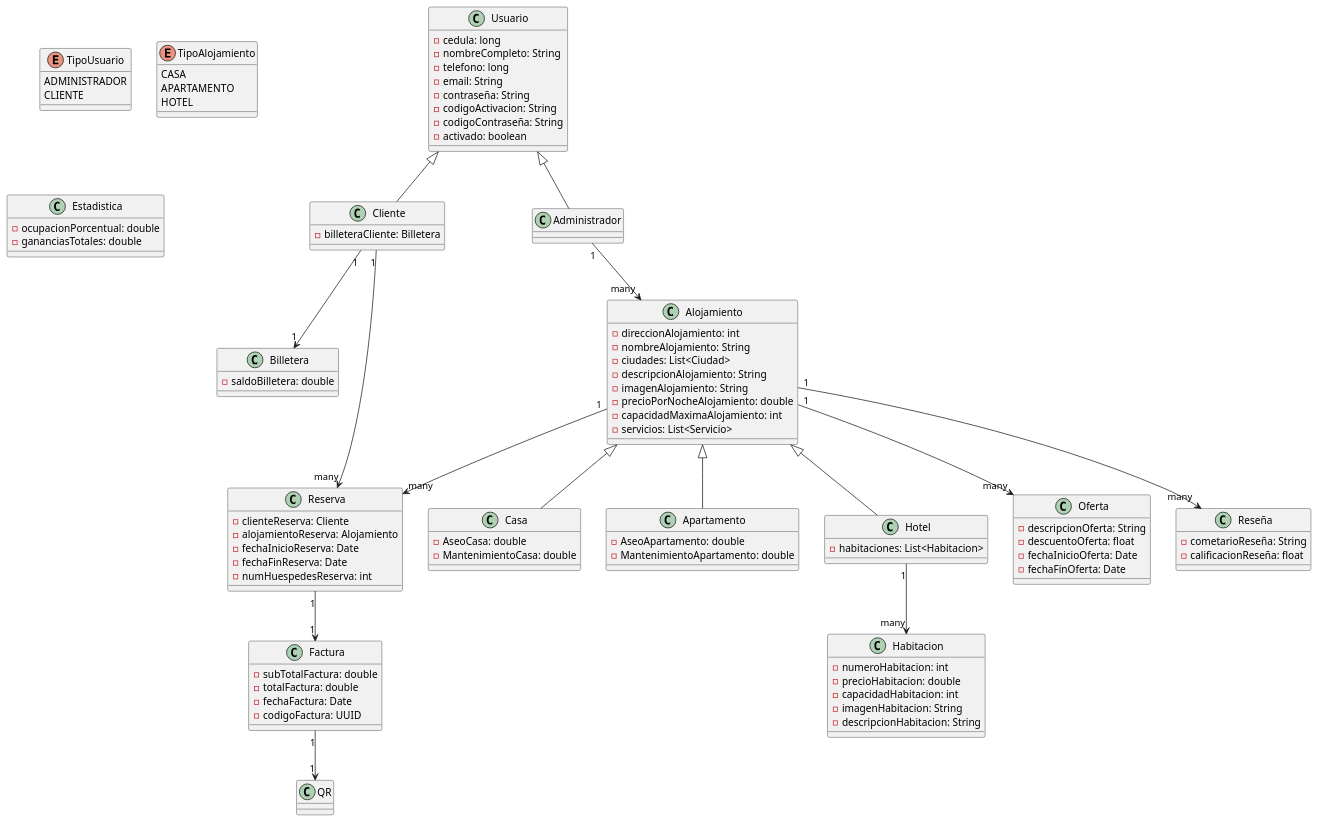
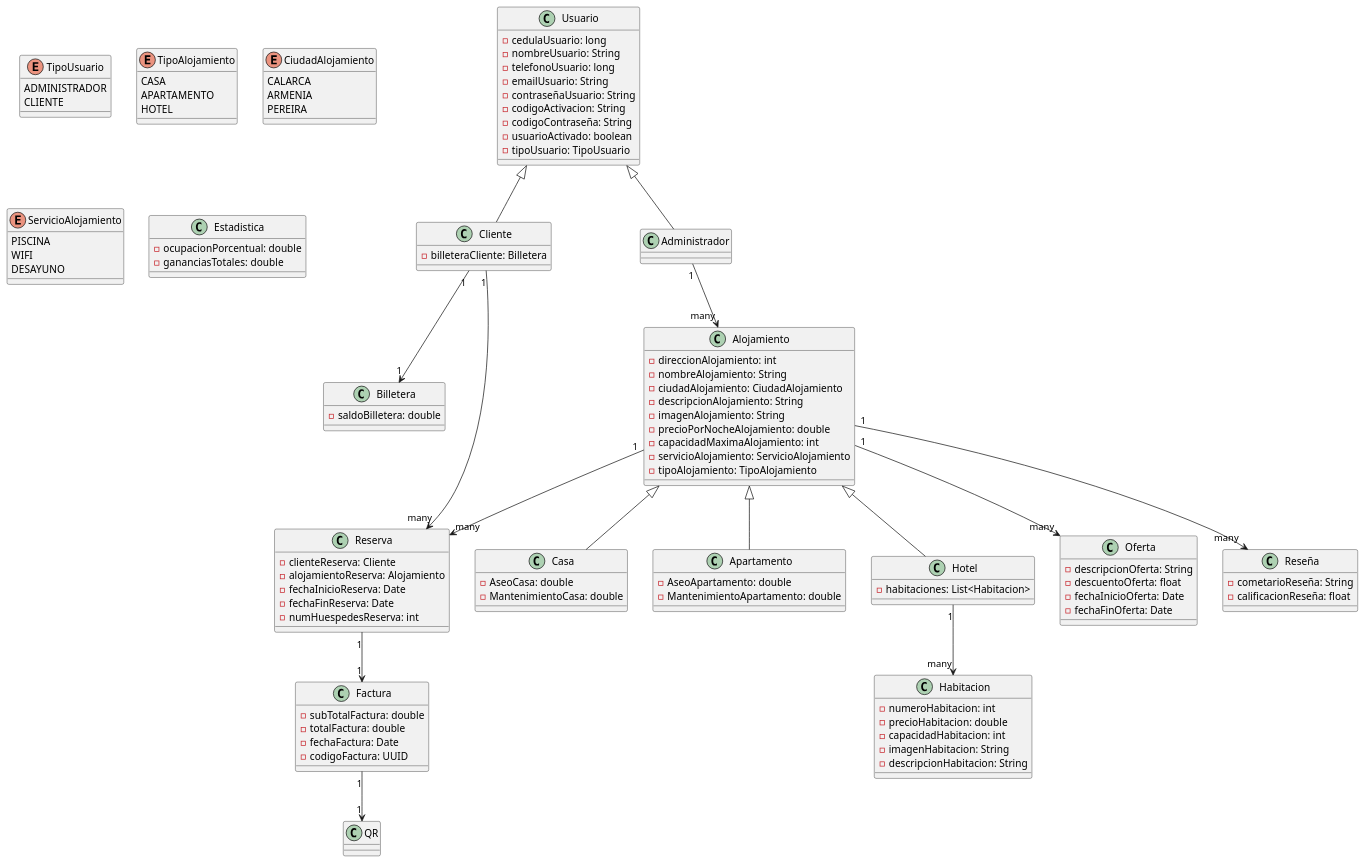
The diagram in src/main/resources/img/DiagramaDeClases.puml (RedRos41/Programacion_2), drawn with PlantUML before and after one commit. The commit also changed 9 other files, not shown here.

Commit message:
Se actualizan los modelos y se actualiza el DiagramaDeClases.puml.

```diff
--- a/src/main/resources/img/DiagramaDeClases.puml
+++ b/src/main/resources/img/DiagramaDeClases.puml
@@ -1,115 +1,129 @@
 @startuml
 'https://plantuml.com/sequence-diagram
 
 class Usuario {
-    - cedula: long
-    - nombreCompleto: String
-    - telefono: long
-    - email: String
-    - contraseña: String
+    - cedulaUsuario: long
+    - nombreUsuario: String
+    - telefonoUsuario: long
+    - emailUsuario: String
+    - contraseñaUsuario: String
     - codigoActivacion: String
     - codigoContraseña: String
-    - activado: boolean
+    - usuarioActivado: boolean
+    - tipoUsuario: TipoUsuario
 }
 
 enum TipoUsuario {
     ADMINISTRADOR
     CLIENTE
 }
 
 class Cliente extends Usuario {
     - billeteraCliente: Billetera
 }
 
 class Administrador extends Usuario {
 }
 
 class Alojamiento {
     - direccionAlojamiento: int
     - nombreAlojamiento: String
-    - ciudades: List<Ciudad>
+    - ciudadAlojamiento: CiudadAlojamiento
     - descripcionAlojamiento: String
     - imagenAlojamiento: String
     - precioPorNocheAlojamiento: double
     - capacidadMaximaAlojamiento: int
-    - servicios: List<Servicio>
+    - servicioAlojamiento: ServicioAlojamiento
+    - tipoAlojamiento: TipoAlojamiento
 }
 
 enum TipoAlojamiento {
     CASA
     APARTAMENTO
     HOTEL
+}
+
+enum CiudadAlojamiento {
+    CALARCA
+    ARMENIA
+    PEREIRA
+}
+
+enum ServicioAlojamiento {
+    PISCINA
+    WIFI
+    DESAYUNO
 }
 
 class Casa extends Alojamiento {
     - AseoCasa: double
     - MantenimientoCasa: double
 }
 
 class Apartamento extends Alojamiento {
     - AseoApartamento: double
     - MantenimientoApartamento: double
 }
 
 class Hotel extends Alojamiento {
     - habitaciones: List<Habitacion>
 }
 
 class Habitacion {
     - numeroHabitacion: int
     - precioHabitacion: double
     - capacidadHabitacion: int
     - imagenHabitacion: String
     - descripcionHabitacion: String
 }
 
 class Billetera {
     - saldoBilletera: double
 }
 
 class Reserva {
     - clienteReserva: Cliente
     - alojamientoReserva: Alojamiento
     - fechaInicioReserva: Date
     - fechaFinReserva: Date
     - numHuespedesReserva: int
 }
 
 class Factura {
     - subTotalFactura: double
     - totalFactura: double
     - fechaFactura: Date
     - codigoFactura: UUID
 }
 
 class Oferta {
     - descripcionOferta: String
     - descuentoOferta: float
     - fechaInicioOferta: Date
     - fechaFinOferta: Date
 }
 
 class Estadistica {
     - ocupacionPorcentual: double
     - gananciasTotales: double
 }
 
 class Reseña {
     - cometarioReseña: String
     - calificacionReseña: float
 }
 
 class QR {
 }
 
 Cliente "1" --> "1" Billetera
 Administrador "1" --> "many" Alojamiento
 Cliente "1" --> "many" Reserva
 Alojamiento "1" --> "many" Oferta
 Alojamiento "1" --> "many" Reseña
 Alojamiento "1" --> "many" Reserva
 Reserva "1" --> "1" Factura
 Factura "1" --> "1" QR
 Hotel "1" --> "many" Habitacion
 
 @enduml
```
